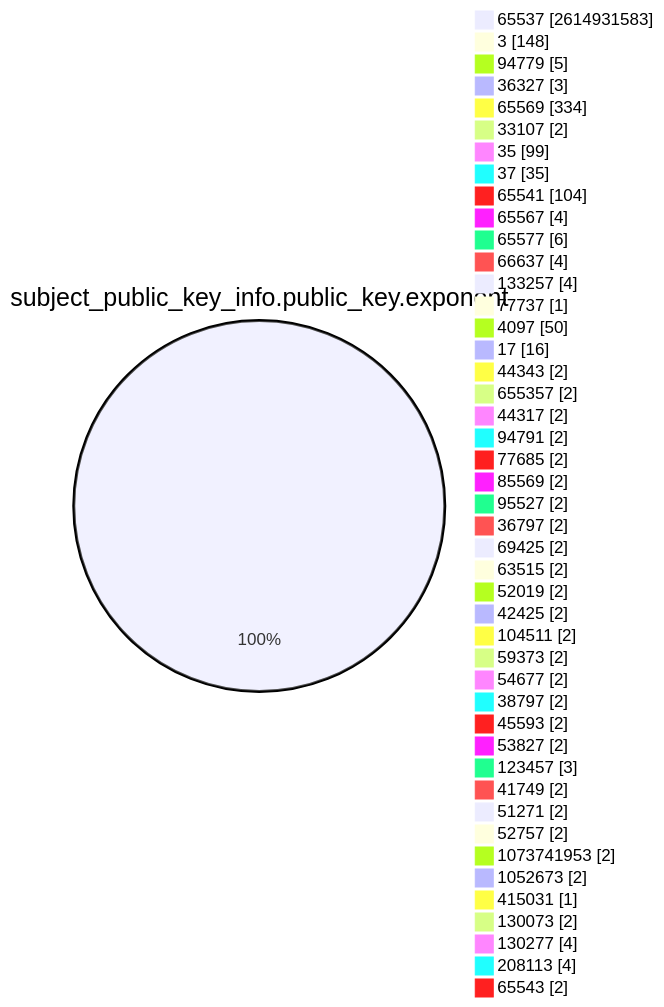
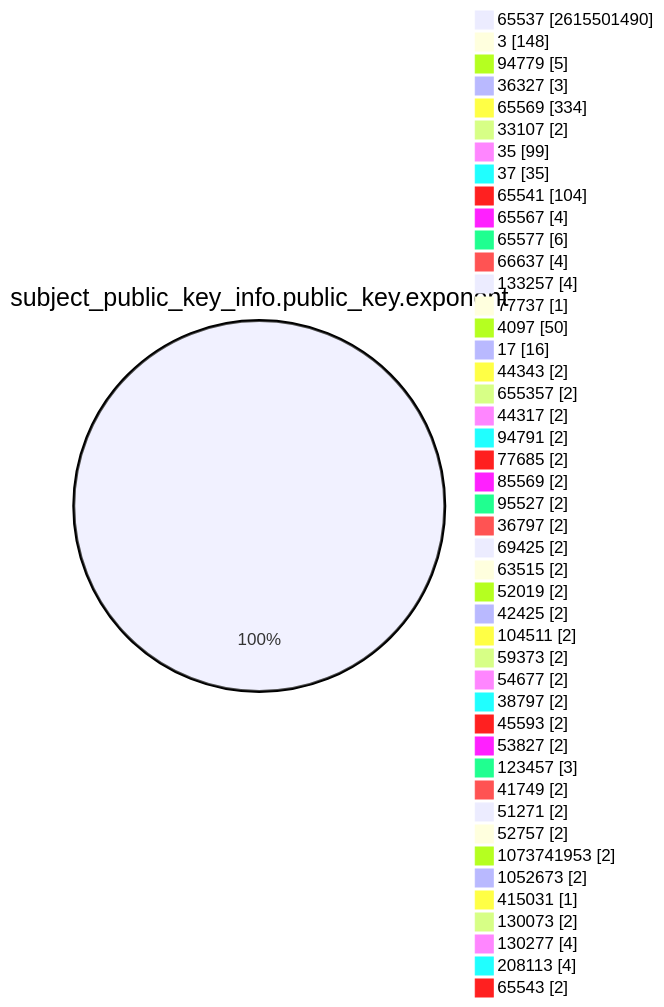
Before and after one commit to christiankrug/ctmonitor_visualization: the fourth of 15 diagrams in TOTAL/README.md, drawn with Mermaid. The commit also changed other lines of this file, not shown here.

````diff
--- a/TOTAL/README.md
+++ b/TOTAL/README.md
@@ -1465,49 +1466,49 @@
 ```mermaid
 pie showData
 title subject_public_key_info.public_key.exponent
-"65537" :2614931583
+"65537" :2615501490
 "3" :148
 "94779" :5
 "36327" :3
 "65569" :334
 "33107" :2
 "35" :99
 "37" :35
 "65541" :104
 "65567" :4
 "65577" :6
 "66637" :4
 "133257" :4
 "77737" :1
 "4097" :50
 "17" :16
 "44343" :2
 "655357" :2
 "44317" :2
 "94791" :2
 "77685" :2
 "85569" :2
 "95527" :2
 "36797" :2
 "69425" :2
 "63515" :2
 "52019" :2
 "42425" :2
 "104511" :2
 "59373" :2
 "54677" :2
 "38797" :2
 "45593" :2
 "53827" :2
 "123457" :3
 "41749" :2
 "51271" :2
 "52757" :2
 "1073741953" :2
 "1052673" :2
 "415031" :1
 "130073" :2
 "130277" :4
 "208113" :4
 "65543" :2
 ```
````
